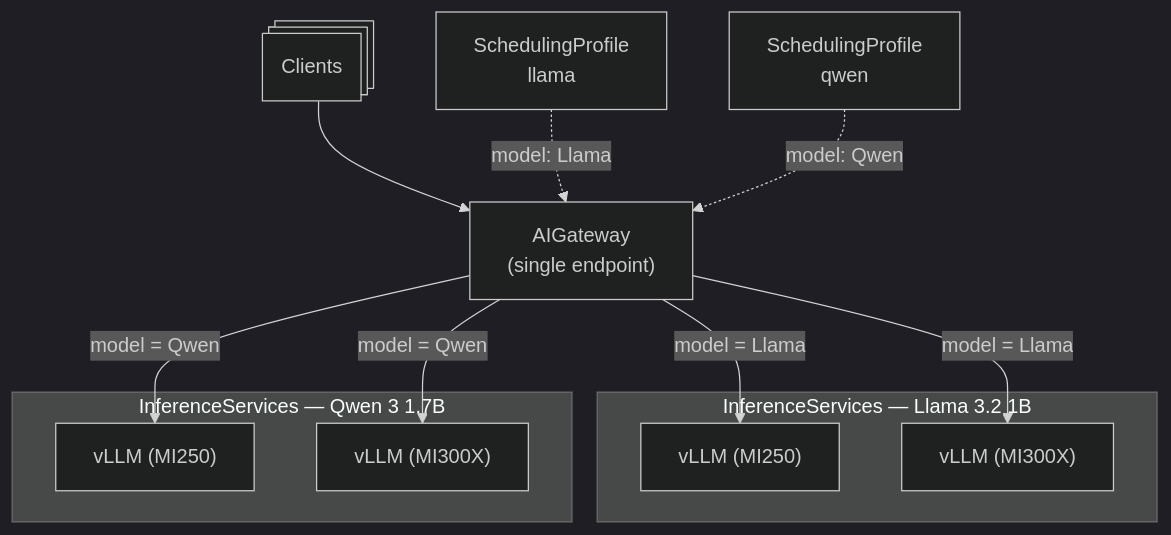
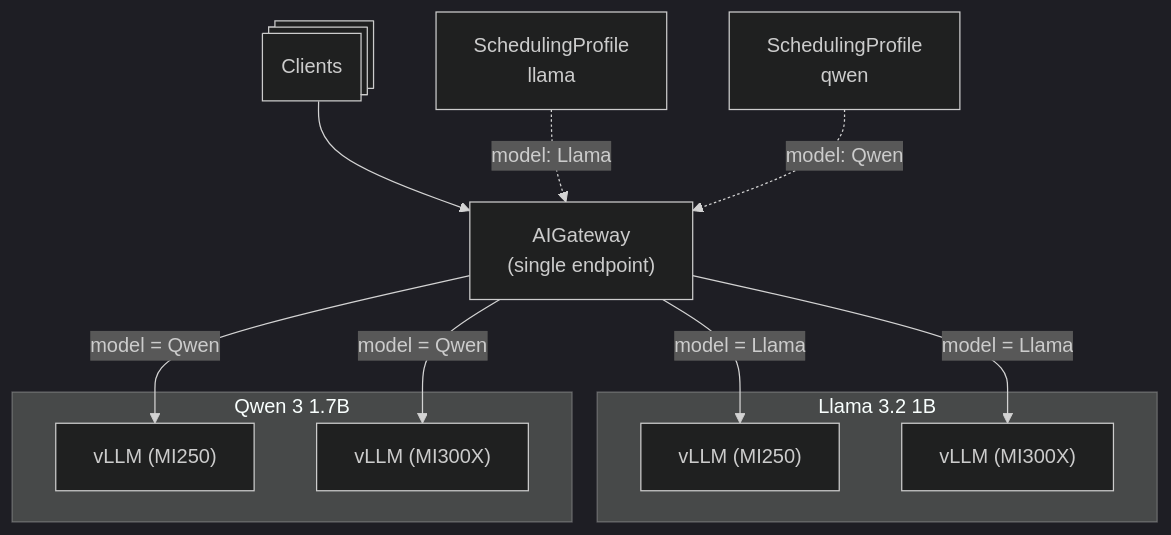
One commit to moreh-dev/mif changed the diagram in website/docs/operations/multi-model.mdx. Above: the diagram before and after it, drawn with Mermaid (dark theme).

Commit message:
MAF-20256: docs(website): shorten multi-model diagram subgraph labels
The subgraph titles "InferenceServices — Llama 3.2 1B" / "... Qwen 3 1.7B"
were too long and wrapped, overlapping the nodes. Use the model name alone
("Llama 3.2 1B" / "Qwen 3 1.7B") so each fits on one line; the grouping is
already clear from the section and the edge labels.

````diff
--- a/website/docs/operations/multi-model.mdx
+++ b/website/docs/operations/multi-model.mdx
@@ -21,18 +21,18 @@
 ```mermaid
 graph TB
     clients@{ shape: procs, label: "Clients" } --> gateway["AIGateway<br>(single endpoint)"]
     sp_llama["SchedulingProfile<br>llama"] -. model: Llama .-> gateway
     sp_qwen["SchedulingProfile<br>qwen"] -. model: Qwen .-> gateway
-    subgraph isvc_llama["InferenceServices — Llama 3.2 1B"]
+    subgraph isvc_llama["Llama 3.2 1B"]
       llama_mi250["vLLM (MI250)"]
       llama_mi300x["vLLM (MI300X)"]
     end
-    subgraph isvc_qwen["InferenceServices — Qwen 3 1.7B"]
+    subgraph isvc_qwen["Qwen 3 1.7B"]
       qwen_mi250["vLLM (MI250)"]
       qwen_mi300x["vLLM (MI300X)"]
     end
     gateway -->|model = Llama| llama_mi250
     gateway -->|model = Llama| llama_mi300x
     gateway -->|model = Qwen| qwen_mi250
     gateway -->|model = Qwen| qwen_mi300x
 ```
````
